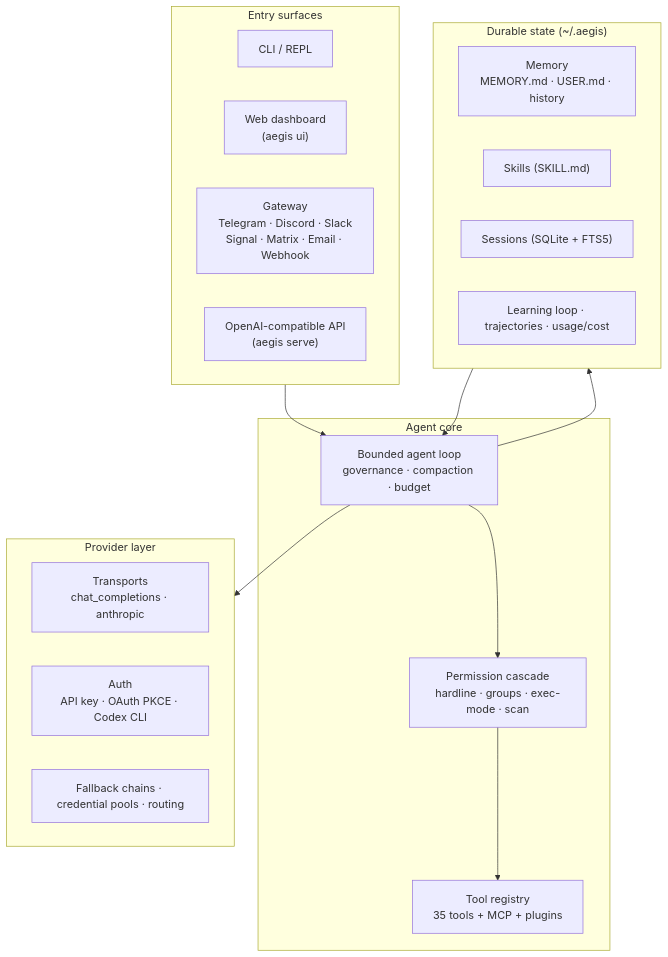
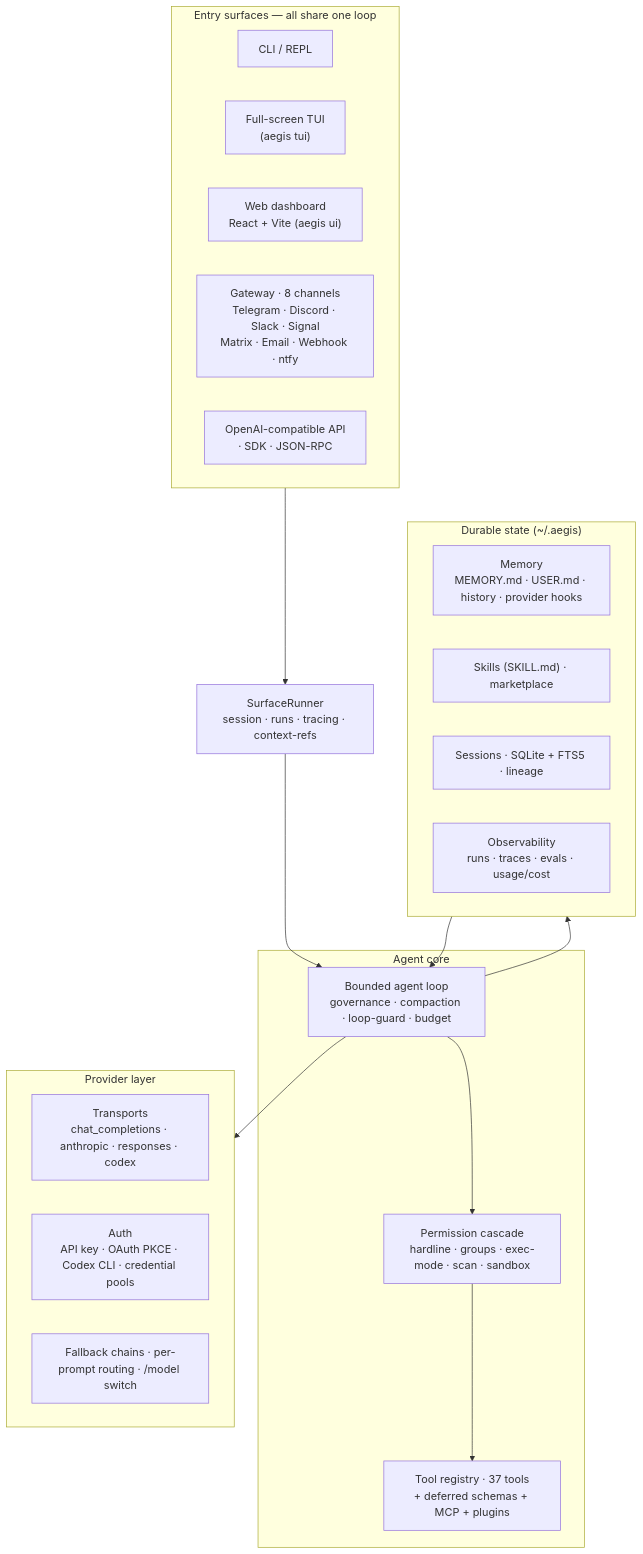
The first of 5 diagrams in README.md (Alien0013/aegis), drawn with Mermaid before and after one commit. The commit also changed other lines of this file and 6 other files, not shown here.

````diff
--- a/README.md
+++ b/README.md
@@ -59,34 +67,37 @@
 ```mermaid
 flowchart TB
-    subgraph Surfaces["Entry surfaces"]
+    subgraph Surfaces["Entry surfaces — all share one loop"]
         CLI["CLI / REPL"]
-        UI["Web dashboard<br/>(aegis ui)"]
-        GW["Gateway<br/>Telegram · Discord · Slack<br/>Signal · Matrix · Email · Webhook"]
-        API["OpenAI-compatible API<br/>(aegis serve)"]
+        TUI["Full-screen TUI<br/>(aegis tui)"]
+        UI["Web dashboard<br/>React + Vite (aegis ui)"]
+        GW["Gateway · 8 channels<br/>Telegram · Discord · Slack · Signal<br/>Matrix · Email · Webhook · ntfy"]
+        API["OpenAI-compatible API<br/>· SDK · JSON-RPC"]
     end
 
+    SR["SurfaceRunner<br/>session · runs · tracing · context-refs"]
+
     subgraph Core["Agent core"]
-        LOOP["Bounded agent loop<br/>governance · compaction · budget"]
-        PERM["Permission cascade<br/>hardline · groups · exec-mode · scan"]
-        REG["Tool registry<br/>35 tools + MCP + plugins"]
+        LOOP["Bounded agent loop<br/>governance · compaction · loop-guard · budget"]
+        PERM["Permission cascade<br/>hardline · groups · exec-mode · scan · sandbox"]
+        REG["Tool registry · 37 tools<br/>+ deferred schemas + MCP + plugins"]
     end
 
     subgraph Providers["Provider layer"]
-        TRANS["Transports<br/>chat_completions · anthropic"]
-        AUTH["Auth<br/>API key · OAuth PKCE · Codex CLI"]
-        FB["Fallback chains · credential pools · routing"]
+        TRANS["Transports<br/>chat_completions · anthropic · responses · codex"]
+        AUTH["Auth<br/>API key · OAuth PKCE · Codex CLI · credential pools"]
+        FB["Fallback chains · per-prompt routing · /model switch"]
     end
 
     subgraph State["Durable state (~/.aegis)"]
-        MEM["Memory<br/>MEMORY.md · USER.md · history"]
-        SK["Skills (SKILL.md)"]
-        SESS["Sessions (SQLite + FTS5)"]
-        LEARN["Learning loop · trajectories · usage/cost"]
+        MEM["Memory<br/>MEMORY.md · USER.md · history · provider hooks"]
+        SK["Skills (SKILL.md) · marketplace"]
+        SESS["Sessions · SQLite + FTS5 · lineage"]
+        OBS["Observability<br/>runs · traces · evals · usage/cost"]
     end
 
-    Surfaces --> LOOP
+    Surfaces --> SR --> LOOP
     LOOP --> PERM --> REG
     LOOP --> Providers
     LOOP --> State
     State --> LOOP
 ```
````
